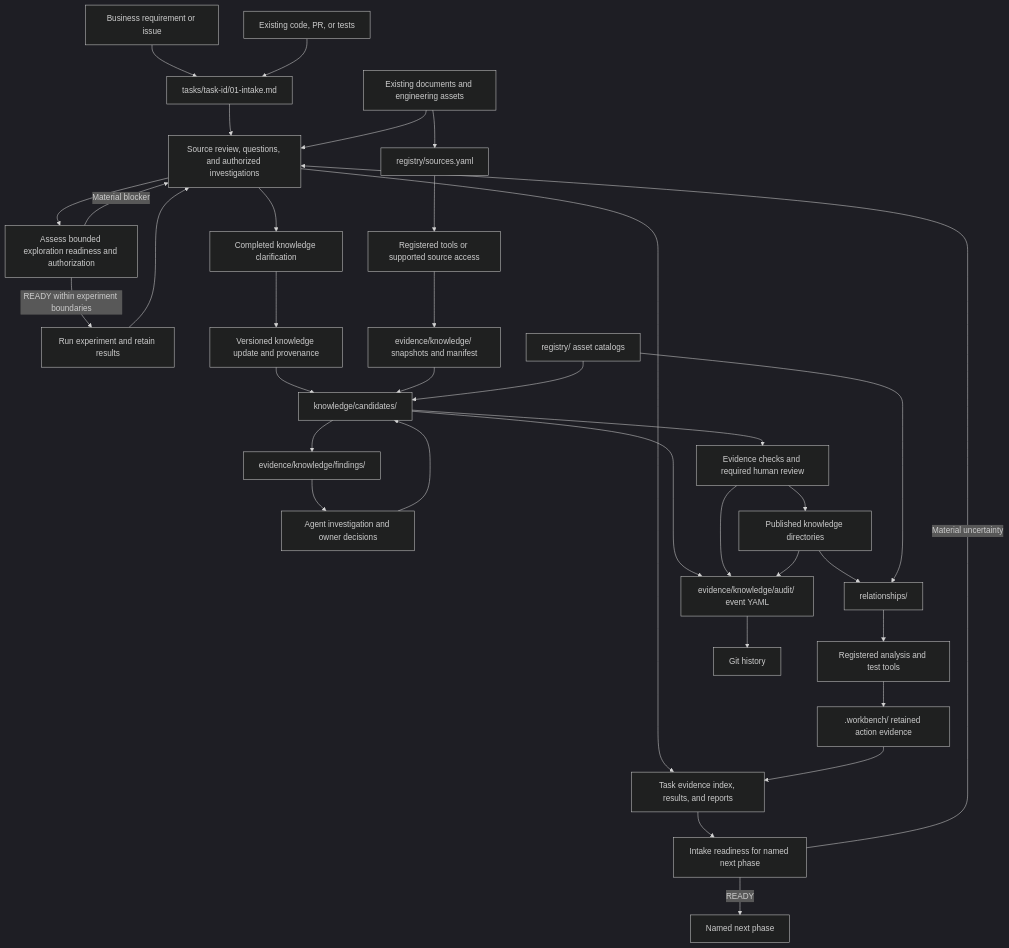
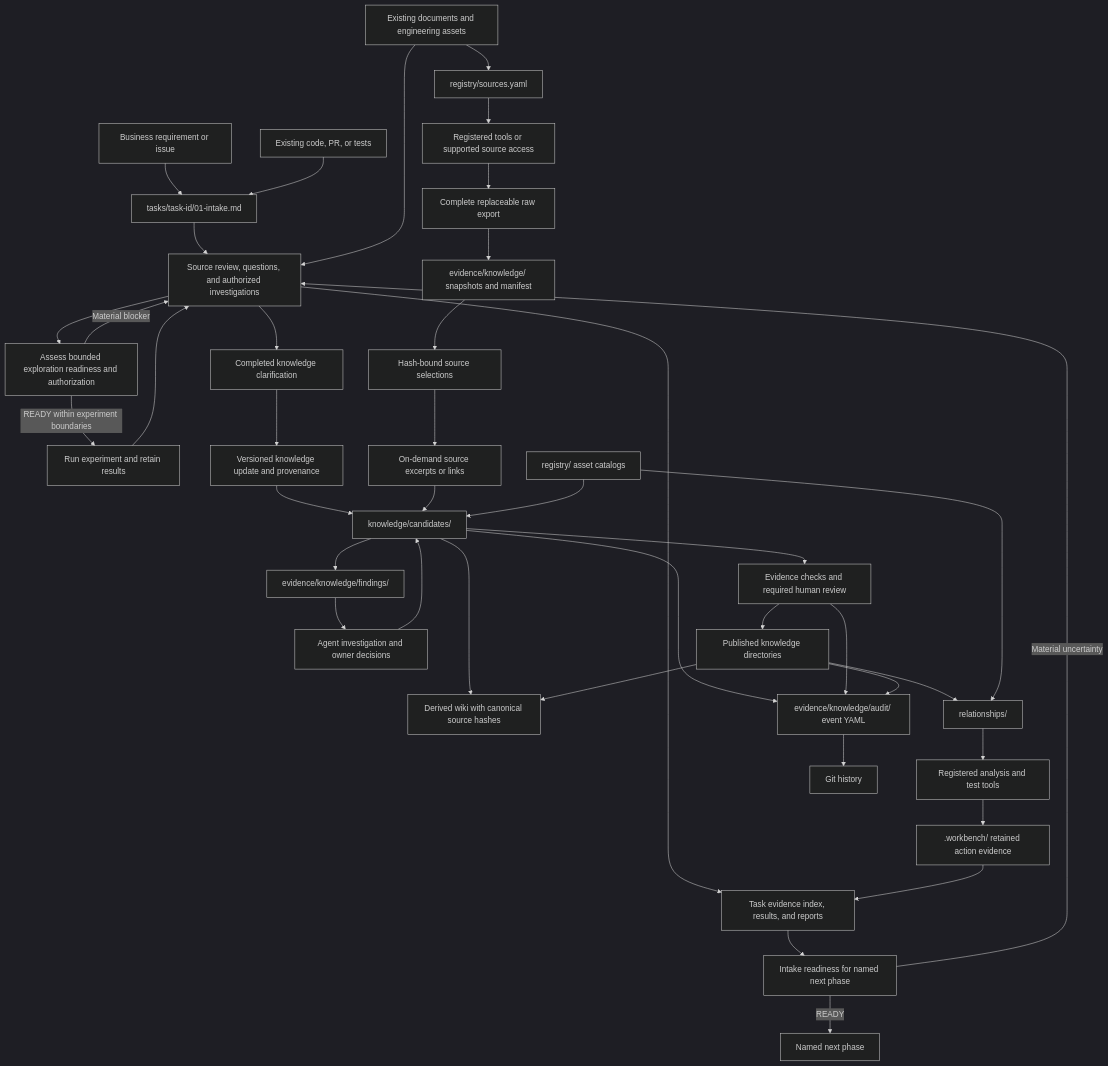
The first of 2 diagrams in docs/WORKSPACE_DESIGN.md (lushevol/sdlc-workbench), drawn with Mermaid (dark theme) before and after one commit. The commit also changed other lines of this file and 29 other files, not shown here.

Commit message:
Add hash-bound source preparation pipeline

````diff
--- a/docs/WORKSPACE_DESIGN.md
+++ b/docs/WORKSPACE_DESIGN.md
@@ -332,37 +344,42 @@
 ```mermaid
 flowchart TD
   Request[Business requirement or issue] --> Intake[tasks/task-id/01-intake.md]
   ExistingCode[Existing code, PR, or tests] --> Intake
   Intake --> Collection[Source review, questions, and authorized investigations]
   Collection --> ExplorationGate[Assess bounded exploration readiness and authorization]
   ExplorationGate -->|READY within experiment boundaries| Exploration[Run experiment and retain results]
   ExplorationGate -->|Material blocker| Collection
   Exploration --> Collection
   Collection --> TaskEvidence[Task evidence index, results, and reports]
   Collection --> Clarification[Completed knowledge clarification]
   Clarification --> KnowledgeUpdate[Versioned knowledge update and provenance]
   KnowledgeUpdate --> Candidates
   TaskEvidence --> Readiness[Intake readiness for named next phase]
   Readiness -->|Material uncertainty| Collection
   Readiness -->|READY| Next[Named next phase]
   External[Existing documents and engineering assets] --> Sources[registry/sources.yaml]
   External --> Collection
   Sources --> Access[Registered tools or supported source access]
-  Access --> Raw[evidence/knowledge/ snapshots and manifest]
-  Raw --> Candidates[knowledge/candidates/]
+  Access --> Incoming[Complete replaceable raw export]
+  Incoming --> Raw[evidence/knowledge/ snapshots and manifest]
+  Raw --> Selections[Hash-bound source selections]
+  Selections --> PreparedSources[On-demand source excerpts or links]
+  PreparedSources --> Candidates[knowledge/candidates/]
   Candidates --> Findings[evidence/knowledge/findings/]
   Findings --> Investigation[Agent investigation and owner decisions]
   Investigation --> Candidates
   Candidates --> Review[Evidence checks and required human review]
   Review --> Published[Published knowledge directories]
+  Candidates --> Wiki[Derived wiki with canonical source hashes]
+  Published --> Wiki
   Published --> Relationships[relationships/]
   Relationships --> Execution[Registered analysis and test tools]
   Execution --> Evidence[.workbench/ retained action evidence]
   Evidence --> TaskEvidence
   Candidates --> Audit[evidence/knowledge/audit/ event YAML]
   Review --> Audit
   Published --> Audit
   Audit --> History[Git history]
   Registry[registry/ asset catalogs] --> Candidates
   Registry --> Relationships
 ```
````
